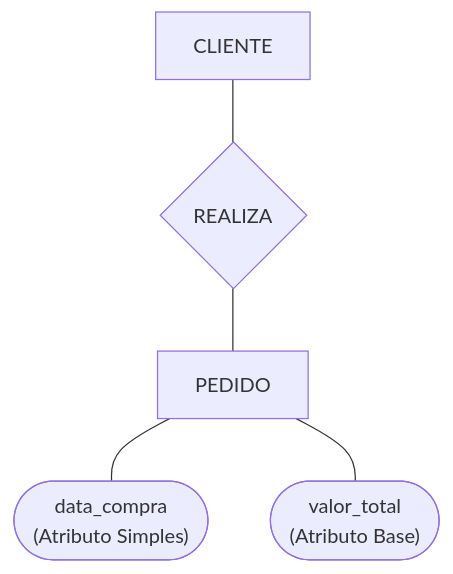
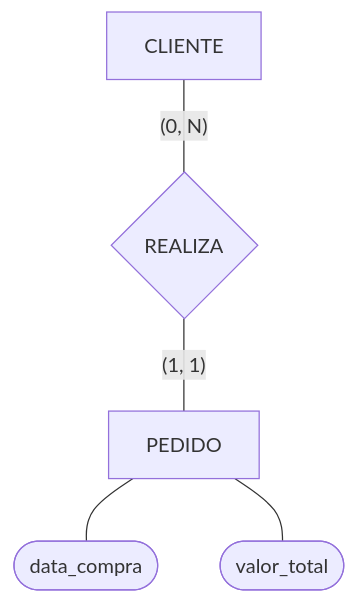
The second of 7 diagrams in 02. Modelagem de Dados/06. Modelagem de relacionamentos, cardinalidade e restrições de participação.md (leorruas/puc), drawn with Mermaid before and after one commit. The commit also changed other lines of this file, not shown here.

````diff
--- a/02. Modelagem de Dados/06. Modelagem de relacionamentos, cardinalidade e restrições de participação.md
+++ b/02. Modelagem de Dados/06. Modelagem de relacionamentos, cardinalidade e restrições de participação.md
@@ -73,14 +78,11 @@
 ```mermaid
 flowchart TD
-    Cliente["CLIENTE"]
-    RelCompra{"REALIZA"}
-    Pedido["PEDIDO"]
+    Cliente["CLIENTE"] ---|"(0, N)"| RelCompra{"REALIZA"}
+    RelCompra ---|"(1, 1)"| Pedido["PEDIDO"]
 
-    DataCompra(["data_compra<br>(Atributo Simples)"])
-    ValorTotal(["valor_total<br>(Atributo Base)"])
+    DataCompra(["data_compra"])
+    ValorTotal(["valor_total"])
 
-    Cliente --- RelCompra
-    RelCompra --- Pedido
     Pedido --- DataCompra
     Pedido --- ValorTotal
 ```
````
